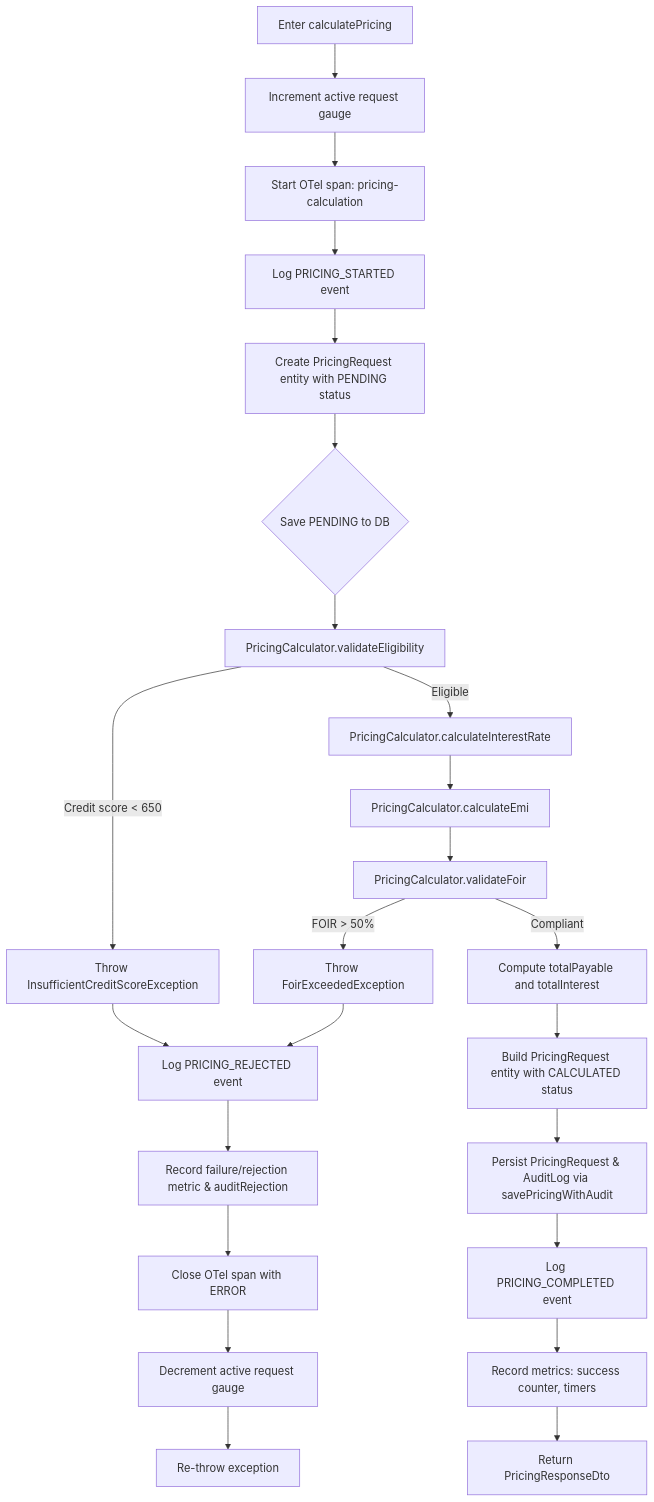
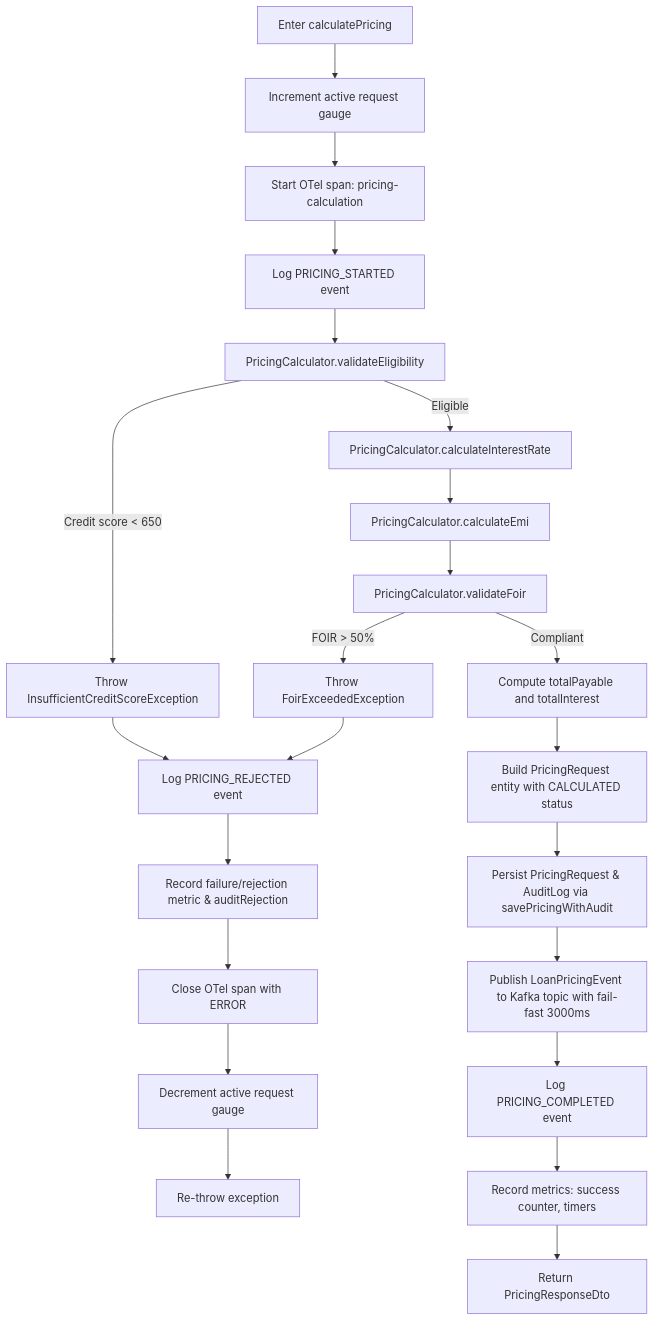
One commit to aroma76/epricing-service changed the diagram in docs/services/PricingService.md. Above: the diagram before and after it, drawn with Mermaid. The commit also changed other lines of this file and 65 other files, not shown here.

Commit message:
feat: complete production readiness audit, remediate 11 latent traps, add Kafka KRaft streaming, overhaul documentation, and add interactive architecture showcase

````diff
--- a/docs/services/PricingService.md
+++ b/docs/services/PricingService.md
@@ -56,26 +58,25 @@
 ```mermaid
 flowchart TD
     A[Enter calculatePricing] --> B[Increment active request gauge]
     B --> C[Start OTel span: pricing-calculation]
     C --> D[Log PRICING_STARTED event]
-    D --> E[Create PricingRequest entity with PENDING status]
-    E --> F{Save PENDING to DB}
-    F --> G[PricingCalculator.validateEligibility]
+    D --> G[PricingCalculator.validateEligibility]
     G -->|Credit score < 650| H[Throw InsufficientCreditScoreException]
     G -->|Eligible| I[PricingCalculator.calculateInterestRate]
     I --> J[PricingCalculator.calculateEmi]
     J --> J2[PricingCalculator.validateFoir]
     J2 -->|FOIR > 50%| H2[Throw FoirExceededException]
     J2 -->|Compliant| K[Compute totalPayable and totalInterest]
     K --> L[Build PricingRequest entity with CALCULATED status]
     L --> M[Persist PricingRequest & AuditLog via savePricingWithAudit]
-    M --> O[Log PRICING_COMPLETED event]
+    M --> N[Publish LoanPricingEvent to Kafka topic with fail-fast 3000ms]
+    N --> O[Log PRICING_COMPLETED event]
     O --> P[Record metrics: success counter, timers]
     P --> Q[Return PricingResponseDto]
     H --> R[Log PRICING_REJECTED event]
     H2 --> R
     R --> S[Record failure/rejection metric & auditRejection]
     S --> T[Close OTel span with ERROR]
     T --> U[Decrement active request gauge]
     U --> V[Re-throw exception]
 ```
````
